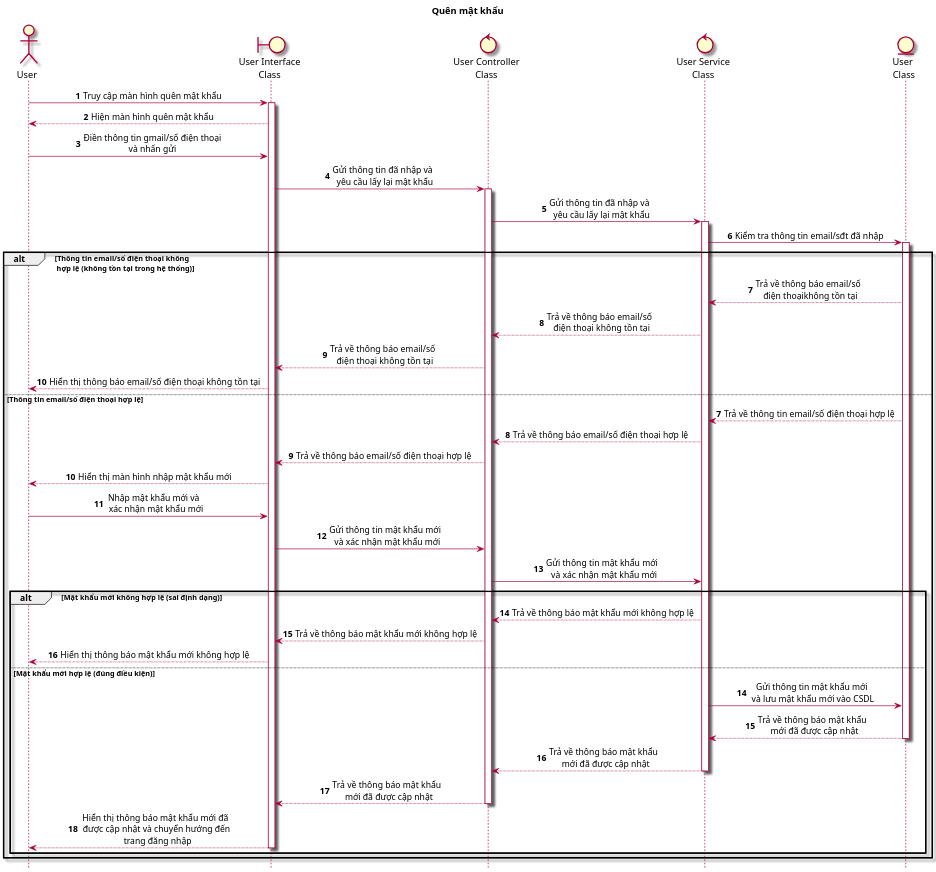
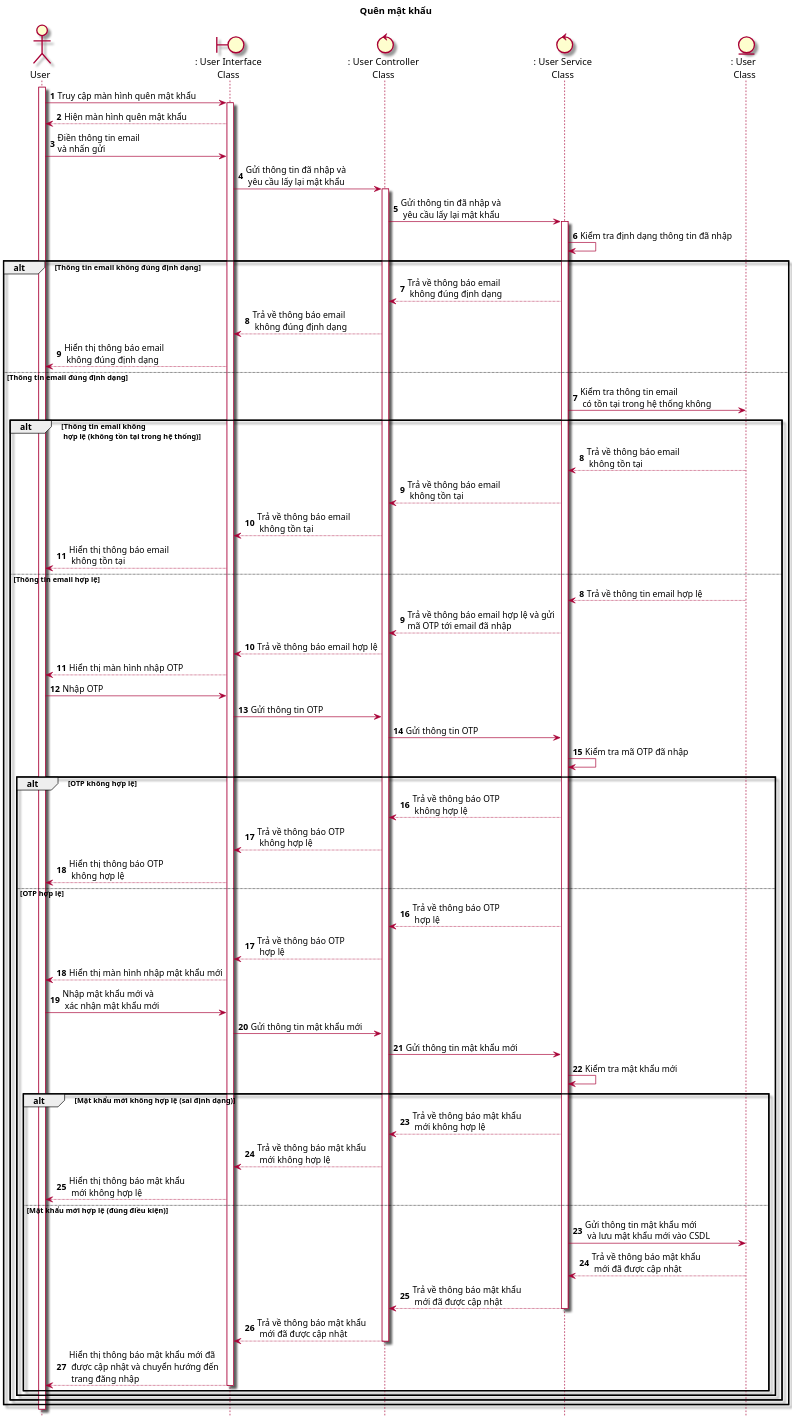
One commit to Griselda4774/WanderFun_Diagram changed the diagram in Sequence/SEQ03_ForgetPassword.puml. Above: the diagram before and after it, drawn with PlantUML. The commit also changed 16 other files, not shown here.

Commit message:
Reformatting all Seq Diagram

```diff
--- a/Sequence/SEQ03_ForgetPassword.puml
+++ b/Sequence/SEQ03_ForgetPassword.puml
@@ -1,65 +1,93 @@
 @startuml SEQ03_forgetPassword
     title: Quên mật khẩu
 
     skin rose
     scale 2
-    skinparam sequenceMessageAlign center
     hide footbox
 
     actor "User" as user
-    boundary "User Interface\nClass" as ui
-    control "User Controller\nClass" as ctr
-    control "User Service\nClass" as sv
-    entity "User \nClass" as ent
+    boundary ": User Interface\nClass" as ui
+    control ": User Controller\nClass" as ctr
+    control ": User Service\nClass" as sv
+    entity ": User \nClass" as ent
 
     autonumber
 
+    user ++
     user -> ui: Truy cập màn hình quên mật khẩu
     ui ++
     ui --> user: Hiện màn hình quên mật khẩu
-    user -> ui: Điền thông tin gmail/số điện thoại\nvà nhấn gửi
+    user -> ui: Điền thông tin email\nvà nhấn gửi
     ui -> ctr: Gửi thông tin đã nhập và \n yêu cầu lấy lại mật khẩu
     ctr ++
     ctr -> sv: Gửi thông tin đã nhập và \n yêu cầu lấy lại mật khẩu
     sv ++
-    sv -> ent: Kiểm tra thông tin email/sđt đã nhập
-    ent ++
+    sv -> sv: Kiểm tra định dạng thông tin đã nhập
     
-    alt Thông tin email/số điện thoại không \n hợp lệ (không tồn tại trong hệ thống)
-        ent --> sv: Trả về thông báo email/số \n điện thoạikhông tồn tại
-        sv --> ctr: Trả về thông báo email/số \n điện thoại không tồn tại
-        ctr --> ui: Trả về thông báo email/số \n điện thoại không tồn tại
-        ui --> user: Hiển thị thông báo email/số điện thoại không tồn tại
-    else Thông tin email/số điện thoại hợp lệ
+    alt Thông tin email không đúng định dạng
+        sv --> ctr: Trả về thông báo email\n không đúng định dạng
+        ctr --> ui: Trả về thông báo email\n không đúng định dạng
+        ui --> user: Hiển thị thông báo email\n không đúng định dạng
+    else Thông tin email đúng định dạng
 
         autonumber 7
 
-        ent --> sv: Trả về thông tin email/số điện thoại hợp lệ
-        sv --> ctr: Trả về thông báo email/số điện thoại hợp lệ
-        ctr --> ui: Trả về thông báo email/số điện thoại hợp lệ
-        ui --> user: Hiển thị màn hình nhập mật khẩu mới
-        user -> ui: Nhập mật khẩu mới và \n xác nhận mật khẩu mới
-        ui -> ctr: Gửi thông tin mật khẩu mới \n và xác nhận mật khẩu mới
-        ctr -> sv: Gửi thông tin mật khẩu mới \n và xác nhận mật khẩu mới
+        sv -> ent: Kiểm tra thông tin email\n có tồn tại trong hệ thống không
 
-        alt Mật khẩu mới không hợp lệ (sai định dạng)
-            sv --> ctr: Trả về thông báo mật khẩu mới không hợp lệ
-            ctr --> ui: Trả về thông báo mật khẩu mới không hợp lệ
-            ui --> user: Hiển thị thông báo mật khẩu mới không hợp lệ
-        else Mật khẩu mới hợp lệ (đúng điều kiện)
+        alt Thông tin email không \n hợp lệ (không tồn tại trong hệ thống)
+            ent --> sv: Trả về thông báo email\n không tồn tại
+            sv --> ctr: Trả về thông báo email\n không tồn tại
+            ctr --> ui: Trả về thông báo email\n không tồn tại
+            ui --> user: Hiển thị thông báo email\n không tồn tại
+        else Thông tin email hợp lệ
 
-            autonumber 14
+            autonumber 8
 
-            sv -> ent: Gửi thông tin mật khẩu mới\n và lưu mật khẩu mới vào CSDL
-            ent --> sv: Trả về thông báo mật khẩu \n mới đã được cập nhật
-            ent --
-            sv --> ctr: Trả về thông báo mật khẩu \n mới đã được cập nhật
-            sv --
-            ctr --> ui: Trả về thông báo mật khẩu \n mới đã được cập nhật
-            ctr--
-            ui --> user: Hiển thị thông báo mật khẩu mới đã \n được cập nhật và chuyển hướng đến \n trang đăng nhập
-            ui --
+            ent --> sv: Trả về thông tin email hợp lệ
+            sv --> ctr: Trả về thông báo email hợp lệ và gửi \nmã OTP tới email đã nhập
+            ctr --> ui: Trả về thông báo email hợp lệ
+            ui --> user: Hiển thị màn hình nhập OTP
+            user -> ui: Nhập OTP
+            ui -> ctr: Gửi thông tin OTP 
+            ctr -> sv: Gửi thông tin OTP
+            sv -> sv: Kiểm tra mã OTP đã nhập
+
+            alt OTP không hợp lệ
+                sv --> ctr: Trả về thông báo OTP\n không hợp lệ
+                ctr --> ui: Trả về thông báo OTP\n không hợp lệ
+                ui --> user: Hiển thị thông báo OTP\n không hợp lệ
+            else OTP hợp lệ
+
+                autonumber 16
+
+                sv --> ctr: Trả về thông báo OTP\n hợp lệ
+                ctr --> ui: Trả về thông báo OTP\n hợp lệ
+                ui --> user: Hiển thị màn hình nhập mật khẩu mới
+                user -> ui: Nhập mật khẩu mới và \n xác nhận mật khẩu mới
+                ui -> ctr: Gửi thông tin mật khẩu mới
+                ctr -> sv: Gửi thông tin mật khẩu mới
+                sv -> sv: Kiểm tra mật khẩu mới
+
+                alt Mật khẩu mới không hợp lệ (sai định dạng)
+                    sv --> ctr: Trả về thông báo mật khẩu\n mới không hợp lệ
+                    ctr --> ui: Trả về thông báo mật khẩu\n mới không hợp lệ
+                    ui --> user: Hiển thị thông báo mật khẩu\n mới không hợp lệ
+                else Mật khẩu mới hợp lệ (đúng điều kiện)
+
+                    autonumber 23
+
+                    sv -> ent: Gửi thông tin mật khẩu mới\n và lưu mật khẩu mới vào CSDL
+                    ent --> sv: Trả về thông báo mật khẩu \n mới đã được cập nhật
+                    ent --
+                    sv --> ctr: Trả về thông báo mật khẩu \n mới đã được cập nhật
+                    sv --
+                    ctr --> ui: Trả về thông báo mật khẩu \n mới đã được cập nhật
+                    ctr--
+                    ui --> user: Hiển thị thông báo mật khẩu mới đã \n được cập nhật và chuyển hướng đến \n trang đăng nhập
+                    ui --
+                end
+            end
         end
-
     end
+    user --
 @enduml
```
